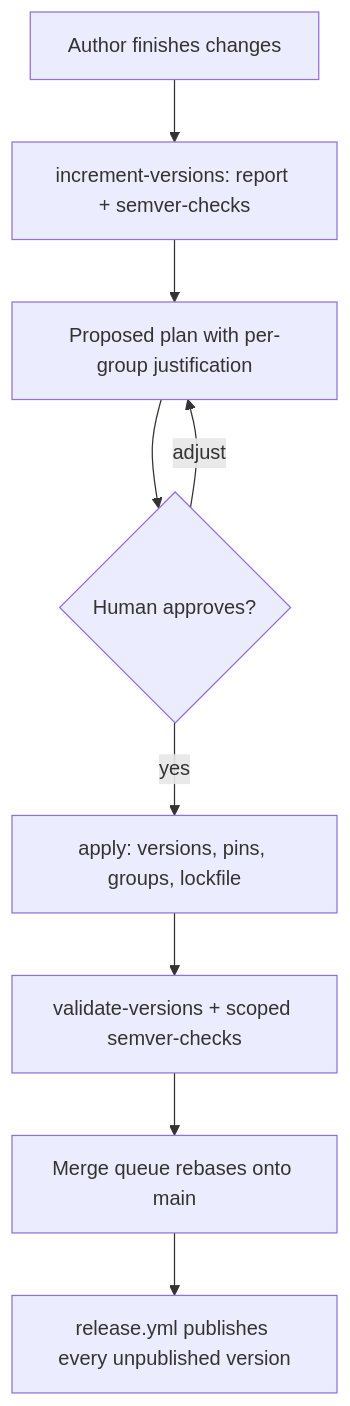
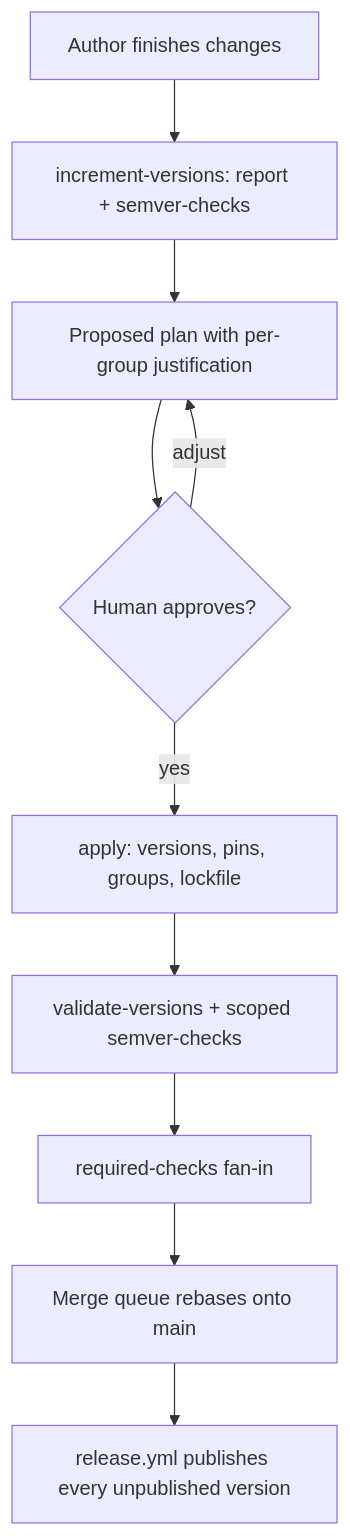
Before and after one commit to folo-rs/folo: the diagram in docs/release-versioning.md, drawn with Mermaid. The commit also changed other lines of this file, not shown here.

Commit message:
docs: merge queue SHA, required-checks fan-in, first-publish

````diff
--- a/docs/release-versioning.md
+++ b/docs/release-versioning.md
@@ -457,11 +502,12 @@
 ```mermaid
 flowchart TD
     A["Author finishes changes"] --> B["increment-versions: report + semver-checks"]
     B --> C["Proposed plan with per-group justification"]
     C --> D{"Human approves?"}
     D -- adjust --> C
     D -- yes --> E["apply: versions, pins, groups, lockfile"]
     E --> F["validate-versions + scoped semver-checks"]
-    F --> G["Merge queue rebases onto main"]
-    G --> H["release.yml publishes every unpublished version"]
+    F --> G["required-checks fan-in"]
+    G --> H["Merge queue rebases onto main"]
+    H --> I["release.yml publishes every unpublished version"]
 ```
````
